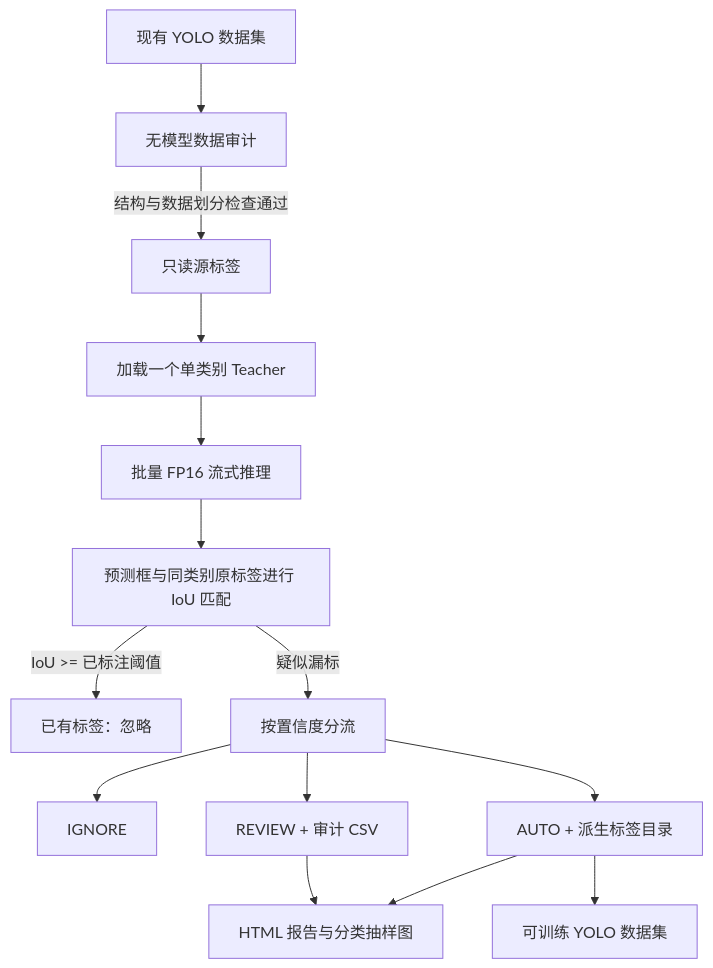
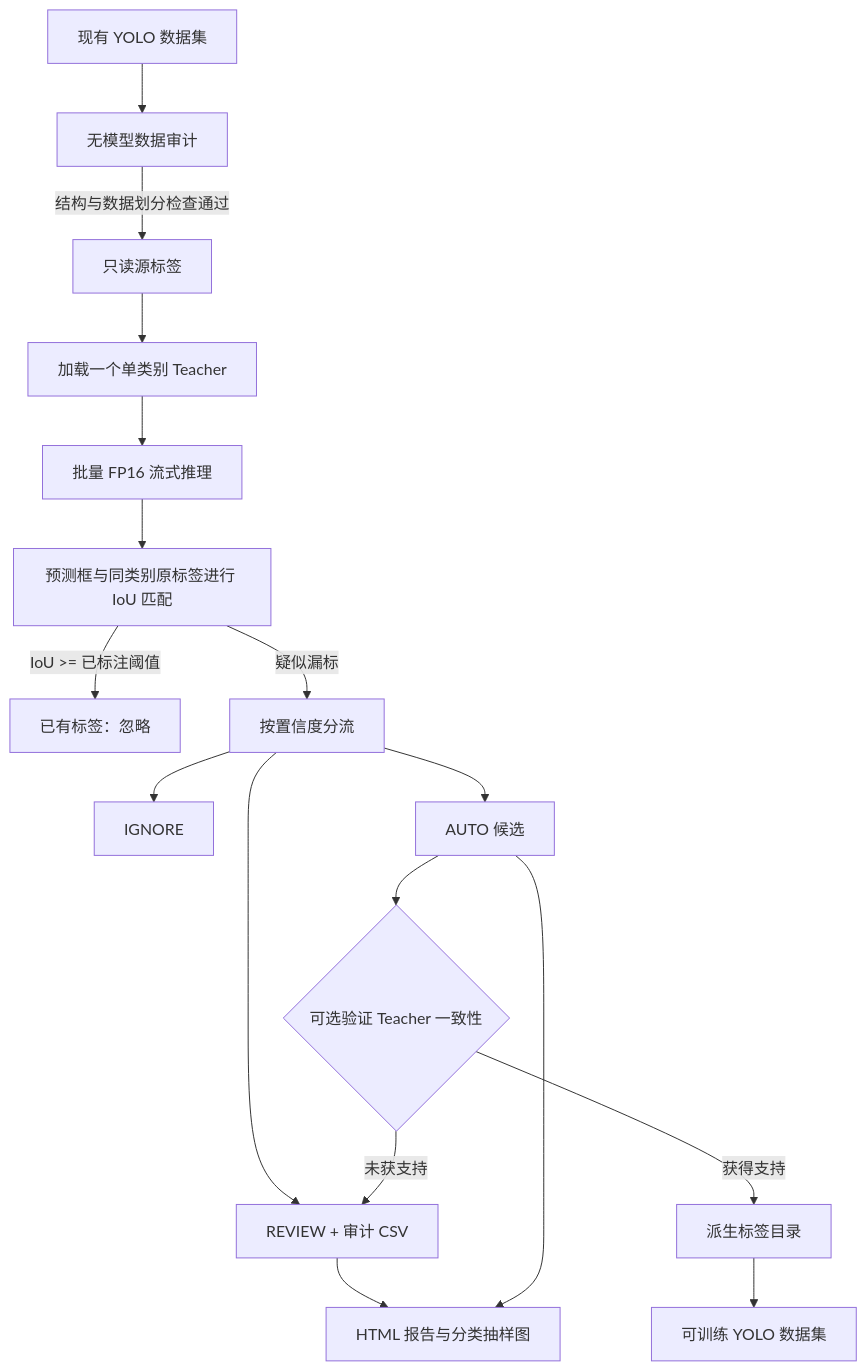
The diagram in README.zh-CN.md (jiapengLi11/yolo-label-recovery), drawn with Mermaid before and after one commit. The commit also changed other lines of this file and 27 other files, not shown here.

````diff
--- a/README.zh-CN.md
+++ b/README.zh-CN.md
@@ -50,16 +56,19 @@
 ```mermaid
 flowchart TD
     A["现有 YOLO 数据集"] --> Q["无模型数据审计"]
     Q -->|"结构与数据划分检查通过"| B["只读源标签"]
     B --> C["加载一个单类别 Teacher"]
     C --> D["批量 FP16 流式推理"]
     D --> E["预测框与同类别原标签进行 IoU 匹配"]
     E -->|"IoU >= 已标注阈值"| F["已有标签：忽略"]
     E -->|"疑似漏标"| G["按置信度分流"]
     G --> H["IGNORE"]
     G --> I["REVIEW + 审计 CSV"]
-    G --> J["AUTO + 派生标签目录"]
-    J --> K["可训练 YOLO 数据集"]
+    G --> J["AUTO 候选"]
+    J --> M{"可选验证 Teacher 一致性"}
+    M -->|"获得支持"| K["派生标签目录"]
+    M -->|"未获支持"| I
+    K --> N["可训练 YOLO 数据集"]
     I --> L["HTML 报告与分类抽样图"]
     J --> L
 ```
````
